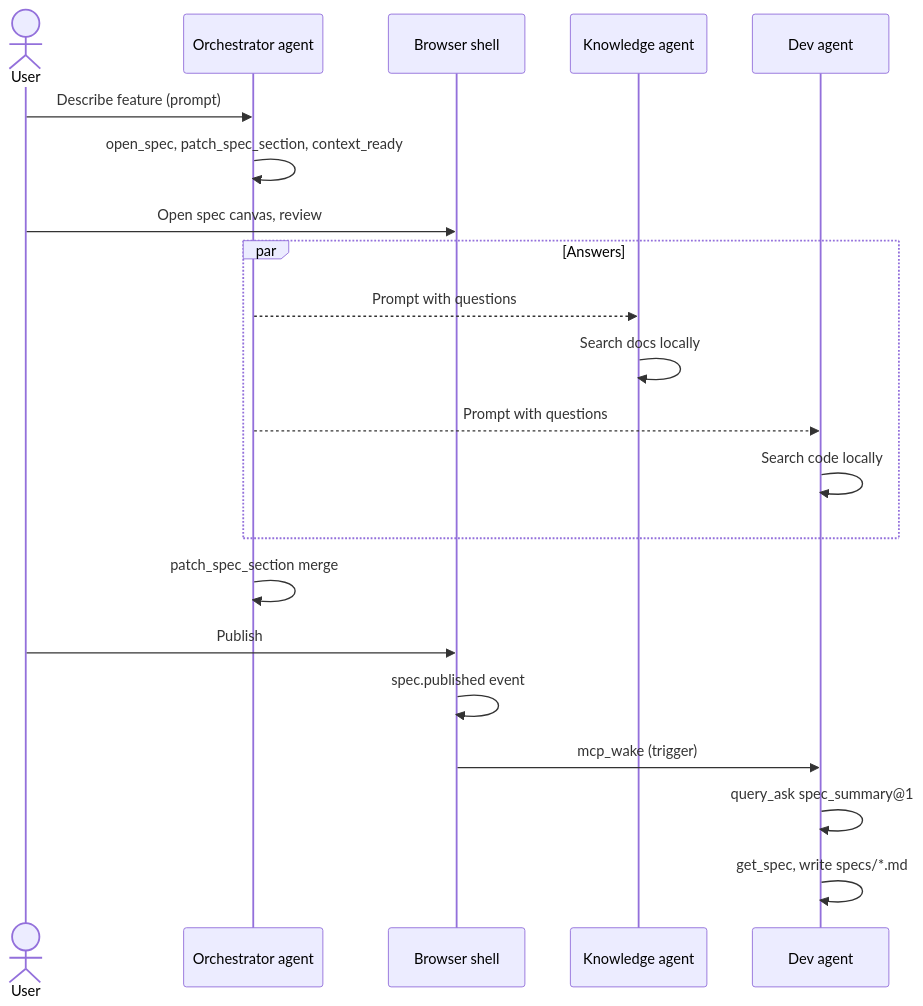
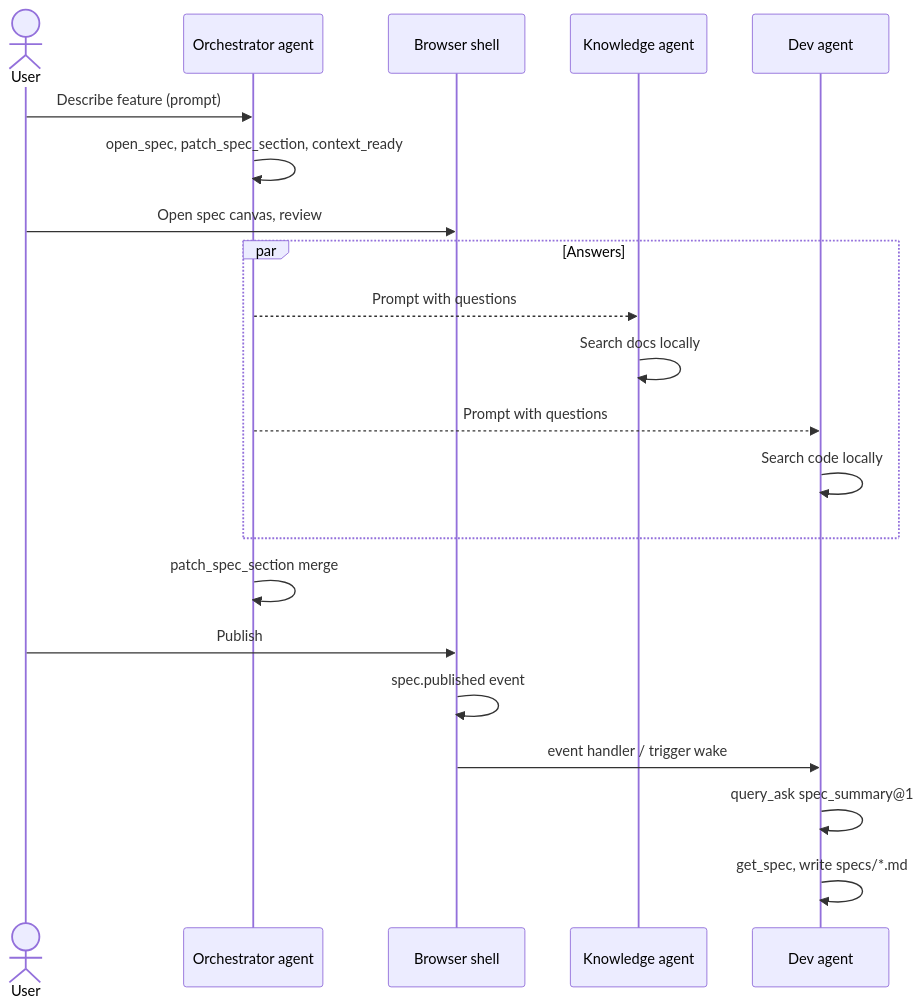
The diagram in apps/docs/guide/multi-agent-feature-spec.md (gael-boyenval/murrmure), drawn with Mermaid before and after one commit. The commit also changed other lines of this file and 379 other files, not shown here.

````diff
--- a/apps/docs/guide/multi-agent-feature-spec.md
+++ b/apps/docs/guide/multi-agent-feature-spec.md
@@ -235,24 +235,24 @@
 ```mermaid
 sequenceDiagram
   actor User
   participant Orch as Orchestrator agent
   participant Shell as Browser shell
   participant KB as Knowledge agent
   participant Dev as Dev agent
 
   User->>Orch: Describe feature (prompt)
   Orch->>Orch: open_spec, patch_spec_section, context_ready
   User->>Shell: Open spec canvas, review
   par Answers
     Orch-->>KB: Prompt with questions
     KB->>KB: Search docs locally
     Orch-->>Dev: Prompt with questions
     Dev->>Dev: Search code locally
   end
   Orch->>Orch: patch_spec_section merge
   User->>Shell: Publish
   Shell->>Shell: spec.published event
-  Shell->>Dev: mcp_wake (trigger)
+  Shell->>Dev: event handler / trigger wake
   Dev->>Dev: query_ask spec_summary@1
   Dev->>Dev: get_spec, write specs/*.md
 ```
````
